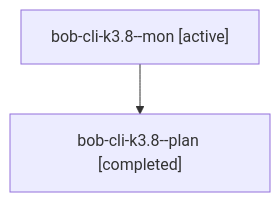
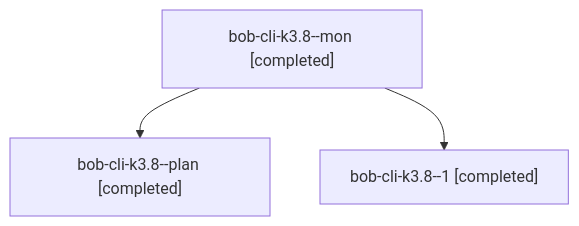
Before and after one commit to bobs-org/bob-cli--agents: the diagram in sessions/bbugyi200.athena.bob-cli-k3.8.md, drawn with Mermaid. The commit also changed other lines of this file and 135 other files, not shown here.

````diff
--- a/sessions/bbugyi200.athena.bob-cli-k3.8.md
+++ b/sessions/bbugyi200.athena.bob-cli-k3.8.md
@@ -9,6 +9,8 @@
 ```mermaid
 flowchart TD
-  n0["bob-cli-k3.8--mon [active]"]
+  n0["bob-cli-k3.8--mon [completed]"]
   n1["bob-cli-k3.8--plan [completed]"]
   n0 --> n1
+  n2["bob-cli-k3.8--1 [completed]"]
+  n0 --> n2
 ```
````
